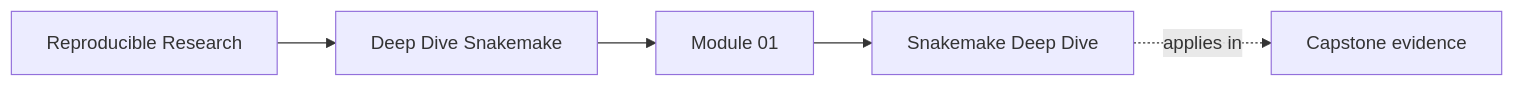
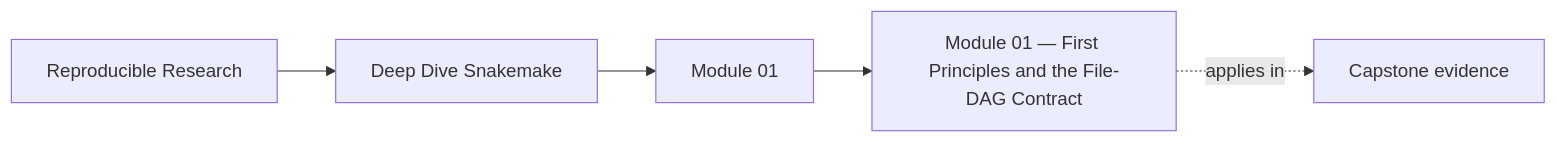
One commit to bijux/bijux-masterclass changed the first of 4 diagrams in programs/reproducible-research/deep-dive-snakemake/course-book/module-01-file-contracts-and-the-workflow-dag/index.md. Above: the diagram before and after it, drawn with Mermaid. The commit also changed other lines of this file and 9 other files, not shown here.

Commit message:
docs(deep-dive-snakemake): unify the module introduction voice

````diff
--- a/programs/reproducible-research/deep-dive-snakemake/course-book/module-01-file-contracts-and-the-workflow-dag/index.md
+++ b/programs/reproducible-research/deep-dive-snakemake/course-book/module-01-file-contracts-and-the-workflow-dag/index.md
@@ -9,11 +9,11 @@
 ```mermaid
 graph LR
   family["Reproducible Research"]
   program["Deep Dive Snakemake"]
   section["Module 01"]
-  page["Snakemake Deep Dive"]
+  page["Module 01 — First Principles and the File-DAG Contract"]
   capstone["Capstone evidence"]
 
   family --> program --> section --> page
   page -.applies in.-> capstone
 ```
````
